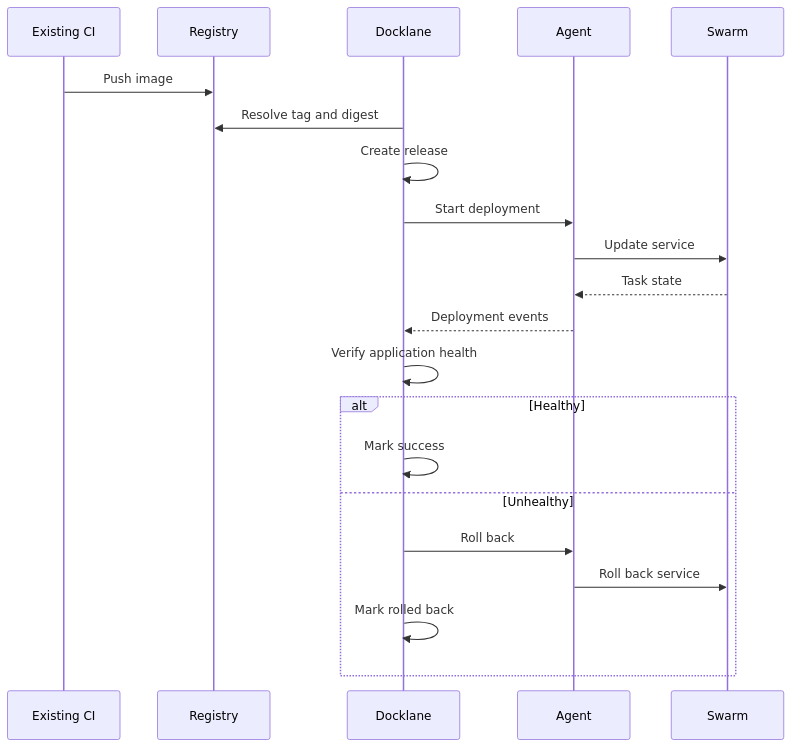
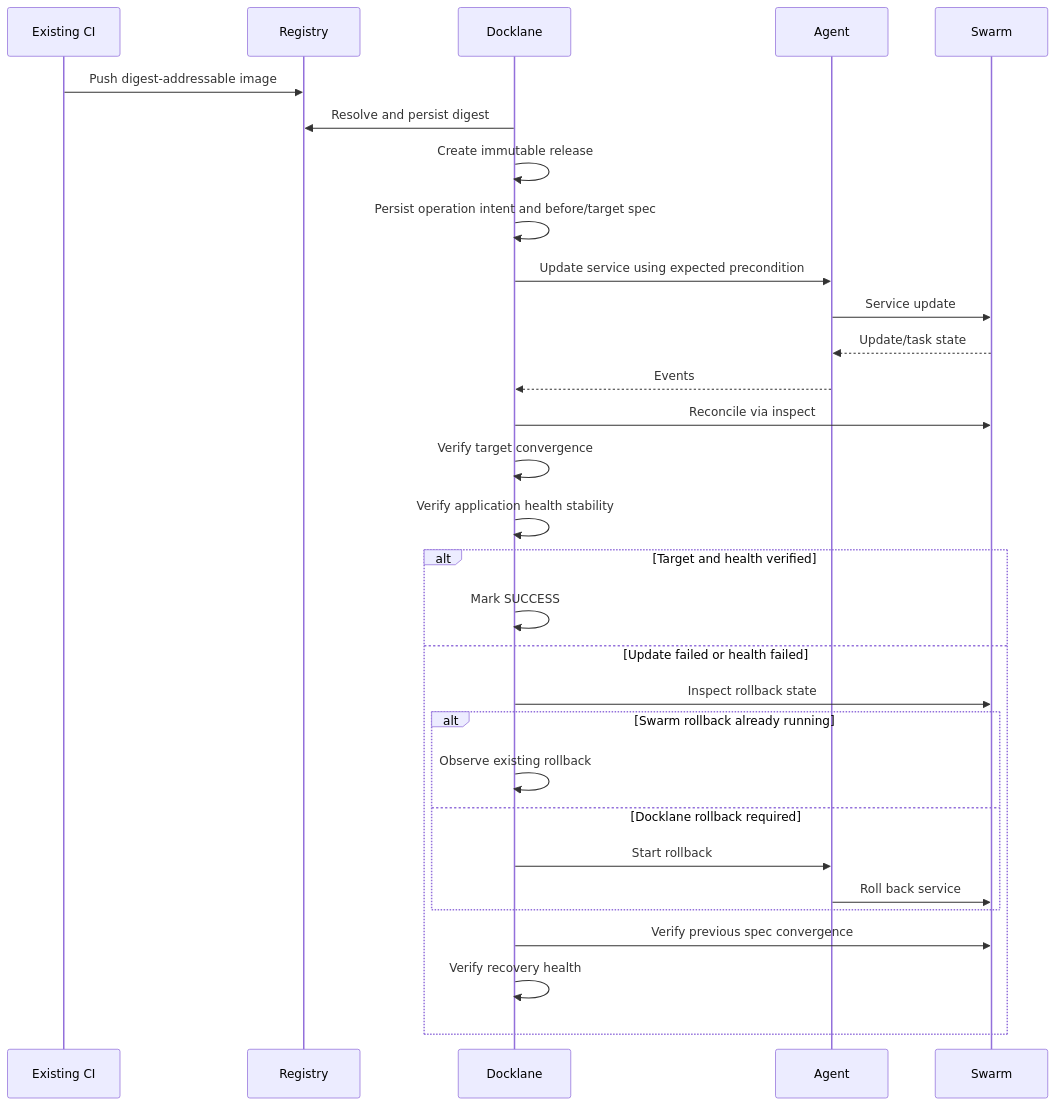
The third of 4 diagrams in docs/ARCHITECTURE.md (KimHG1995/Docklane), drawn with Mermaid before and after one commit. The commit also changed other lines of this file and 4 other files, not shown here.

First line of the commit message:
docs: harden deployment and recovery contracts

````diff
--- a/docs/ARCHITECTURE.md
+++ b/docs/ARCHITECTURE.md
@@ -148,24 +130,34 @@
 ```mermaid
 sequenceDiagram
     participant CI as Existing CI
     participant R as Registry
     participant C as Docklane
     participant A as Agent
     participant S as Swarm
 
-    CI->>R: Push image
-    C->>R: Resolve tag and digest
-    C->>C: Create release
-    C->>A: Start deployment
-    A->>S: Update service
-    S-->>A: Task state
-    A-->>C: Deployment events
-    C->>C: Verify application health
-    alt Healthy
-        C->>C: Mark success
-    else Unhealthy
-        C->>A: Roll back
-        A->>S: Roll back service
-        C->>C: Mark rolled back
+    CI->>R: Push digest-addressable image
+    C->>R: Resolve and persist digest
+    C->>C: Create immutable release
+    C->>C: Persist operation intent and before/target spec
+    C->>A: Update service using expected precondition
+    A->>S: Service update
+    S-->>A: Update/task state
+    A-->>C: Events
+    C->>S: Reconcile via inspect
+    C->>C: Verify target convergence
+    C->>C: Verify application health stability
+
+    alt Target and health verified
+        C->>C: Mark SUCCESS
+    else Update failed or health failed
+        C->>S: Inspect rollback state
+        alt Swarm rollback already running
+            C->>C: Observe existing rollback
+        else Docklane rollback required
+            C->>A: Start rollback
+            A->>S: Roll back service
+        end
+        C->>S: Verify previous spec convergence
+        C->>C: Verify recovery health
     end
 ```
````
